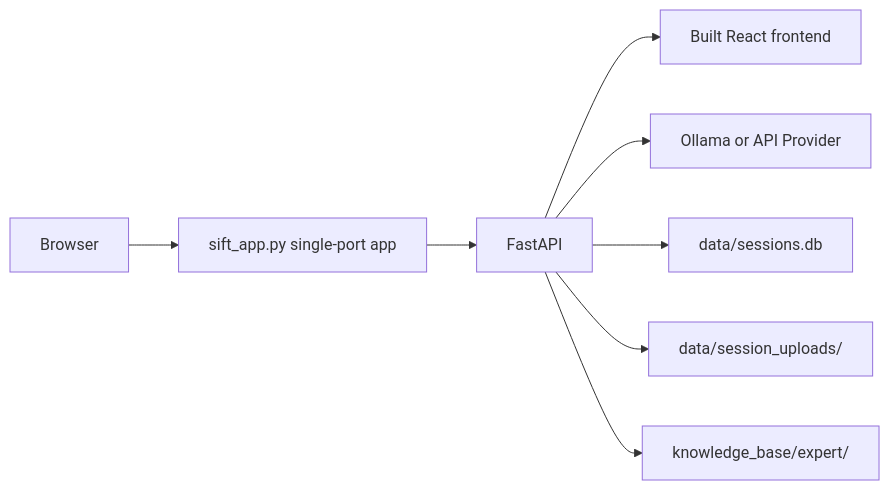
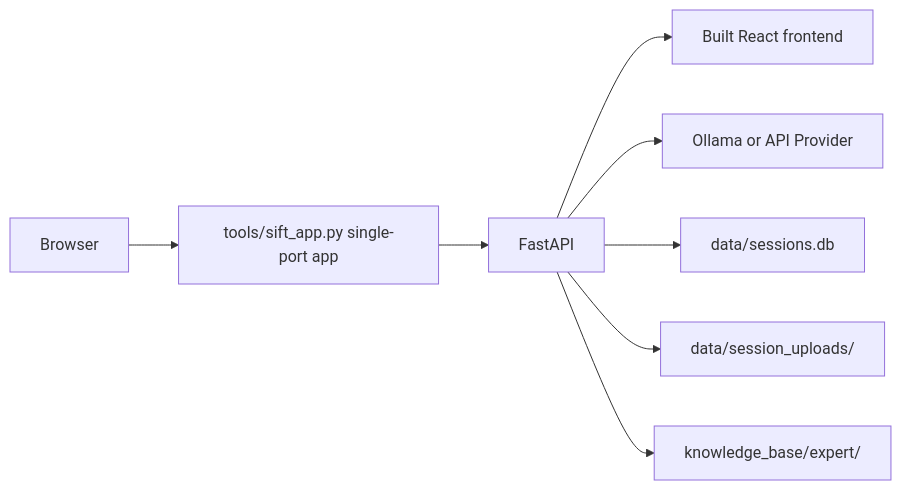
Before and after one commit to saimihirj/Sift: the second of 9 diagrams in docs/PLATFORM_OVERVIEW.md, drawn with Mermaid. The commit also changed other lines of this file and 39 other files, not shown here.

````diff
--- a/docs/PLATFORM_OVERVIEW.md
+++ b/docs/PLATFORM_OVERVIEW.md
@@ -164,10 +164,10 @@
 ```mermaid
 flowchart LR
-    B["Browser"] --> APP["sift_app.py single-port app"]
+    B["Browser"] --> APP["tools/sift_app.py single-port app"]
     APP --> FAST["FastAPI"]
     FAST --> DIST["Built React frontend"]
     FAST --> MODEL["Ollama or API Provider"]
     FAST --> SQL["data/sessions.db"]
     FAST --> UPL["data/session_uploads/"]
     FAST --> KB["knowledge_base/expert/"]
 ```
````
